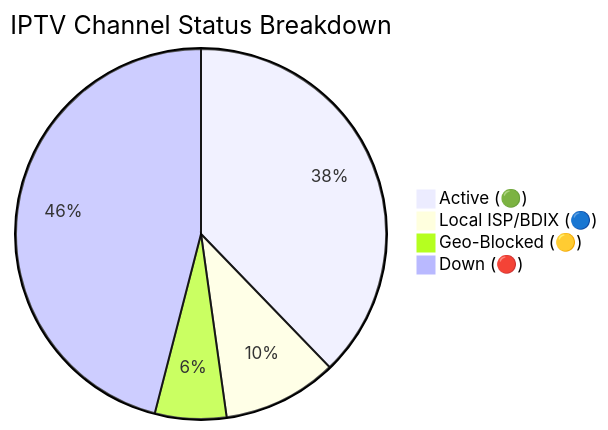
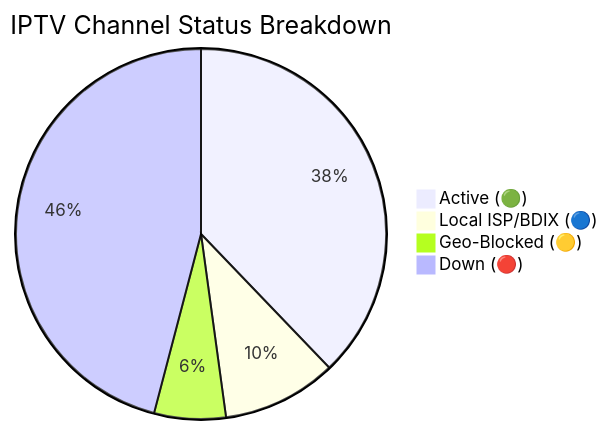
Before and after one commit to andreataylord/Ip-tv-Collection: the diagram in README.md, drawn with Mermaid. The commit also changed other lines of this file and 1 other file, not shown here.

Commit message:
docs(readme): auto-update daily channel status chart

````diff
--- a/README.md
+++ b/README.md
@@ -59,7 +59,7 @@
 ```mermaid
 pie title IPTV Channel Status Breakdown
-    "Active (🟢)" : 2975
+    "Active (🟢)" : 2979
     "Local ISP/BDIX (🔵)" : 788
-    "Geo-Blocked (🟡)" : 491
-    "Down (🔴)" : 3621
+    "Geo-Blocked (🟡)" : 492
+    "Down (🔴)" : 3616
 ```
````
